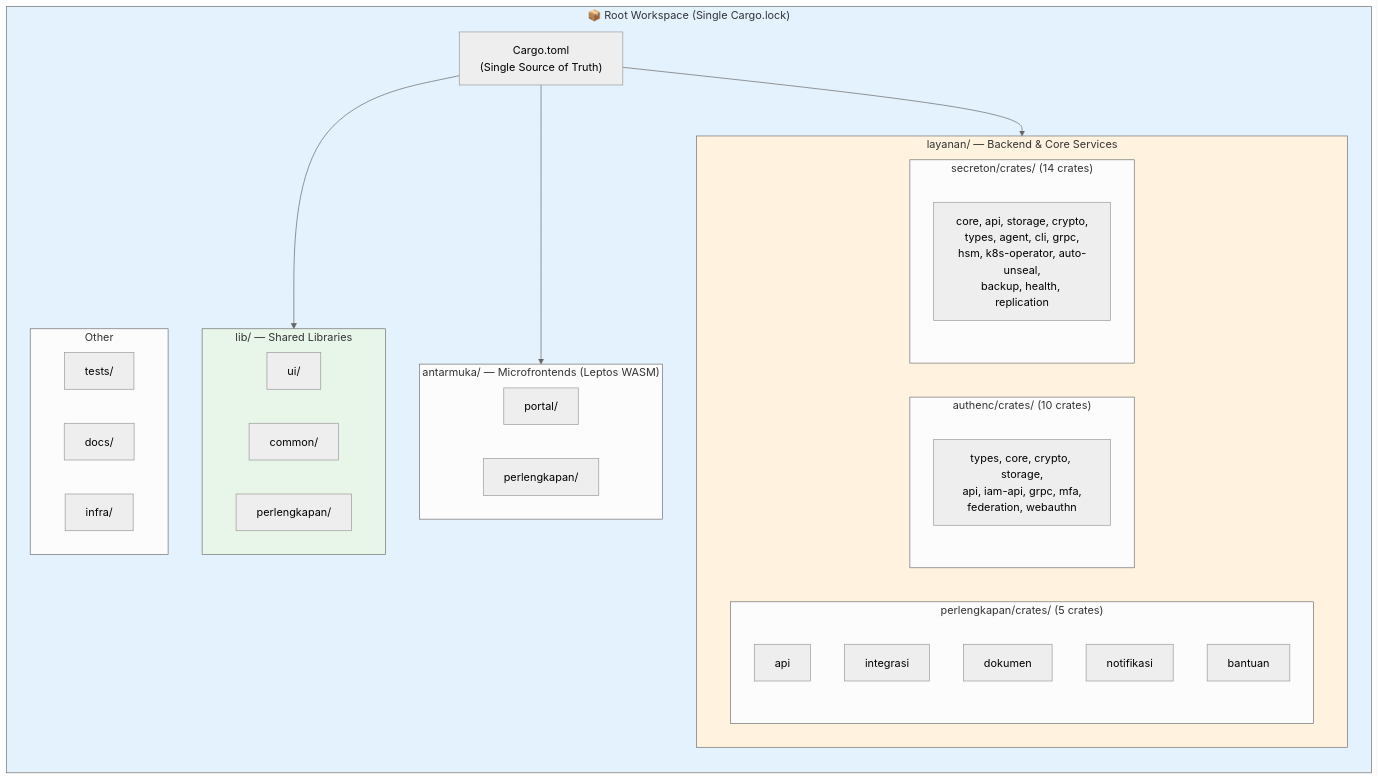
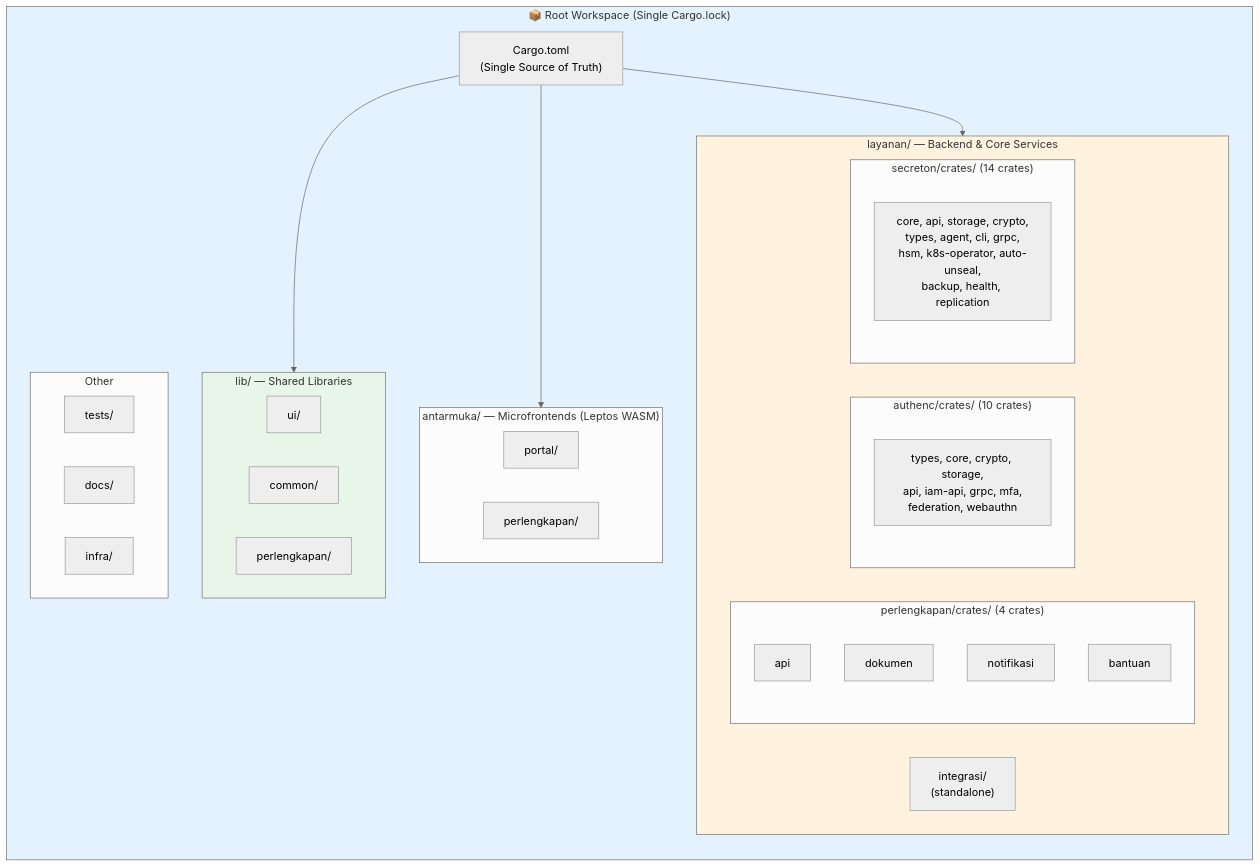
The second of 3 diagrams in AGENTS.md (analisaperlengkapan/simpel2), drawn with Mermaid (neutral theme) before and after one commit. The commit also changed other lines of this file, not shown here.

Commit message:
fix: add integrasi data access connection in AGENTS.md mermaid diagram

````diff
--- a/AGENTS.md
+++ b/AGENTS.md
@@ -91,48 +94,48 @@
 ```mermaid
 flowchart LR
     subgraph Root["📦 Root Workspace (Single Cargo.lock)"]
         direction TB
         CT["Cargo.toml<br/>(Single Source of Truth)"]
 
         subgraph Lib["lib/ — Shared Libraries"]
             LU["ui/"]
             LC["common/"]
             LPR["perlengkapan/"]
         end
 
         subgraph Antarmuka["antarmuka/ — Microfrontends (Leptos WASM)"]
             AP["portal/"]
             APP["perlengkapan/"]
         end
 
         subgraph Layanan["layanan/ — Backend & Core Services"]
-            subgraph L_Perlengkapan["perlengkapan/crates/ (5 crates)"]
+            subgraph L_Perlengkapan["perlengkapan/crates/ (4 crates)"]
                 LPI["api"]
-                LPInt["integrasi"]
                 LPD["dokumen"]
                 LPNot["notifikasi"]
                 LPB["bantuan"]
             end
+            LPInt["integrasi/<br/>(standalone)"]
             subgraph L_Authenc["authenc/crates/ (10 crates)"]
                 LA["types, core, crypto, storage,<br/>api, iam-api, grpc, mfa,<br/>federation, webauthn"]
             end
             subgraph L_Secreton["secreton/crates/ (14 crates)"]
                 LS["core, api, storage, crypto,<br/>types, agent, cli, grpc,<br/>hsm, k8s-operator, auto-unseal,<br/>backup, health, replication"]
             end
         end
 
         subgraph Extra["Other"]
             TESTS["tests/"]
             DOCS["docs/"]
             INFRA["infra/"]
         end
     end
 
     CT --> Lib
     CT --> Antarmuka
     CT --> Layanan
 
     style Root fill:#e3f2fd
     style Layanan fill:#fff3e0
     style Lib fill:#e8f5e9
 ```
````
